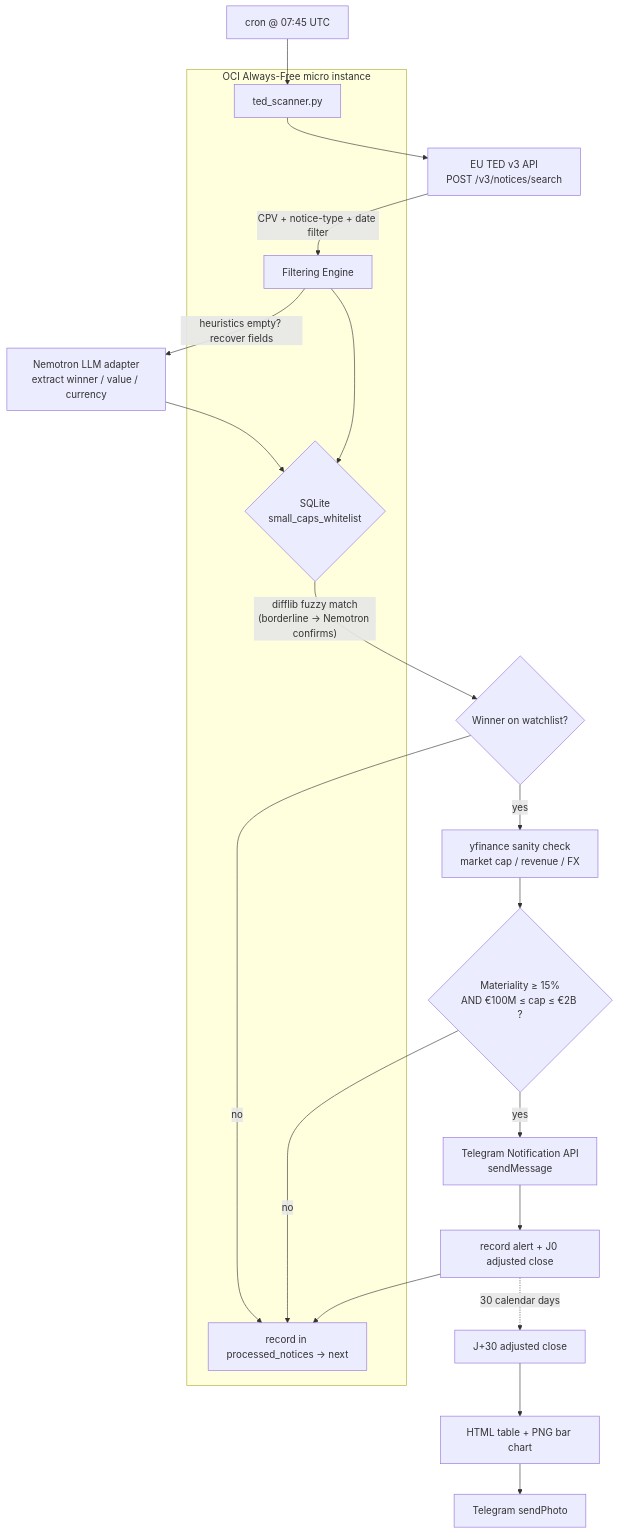
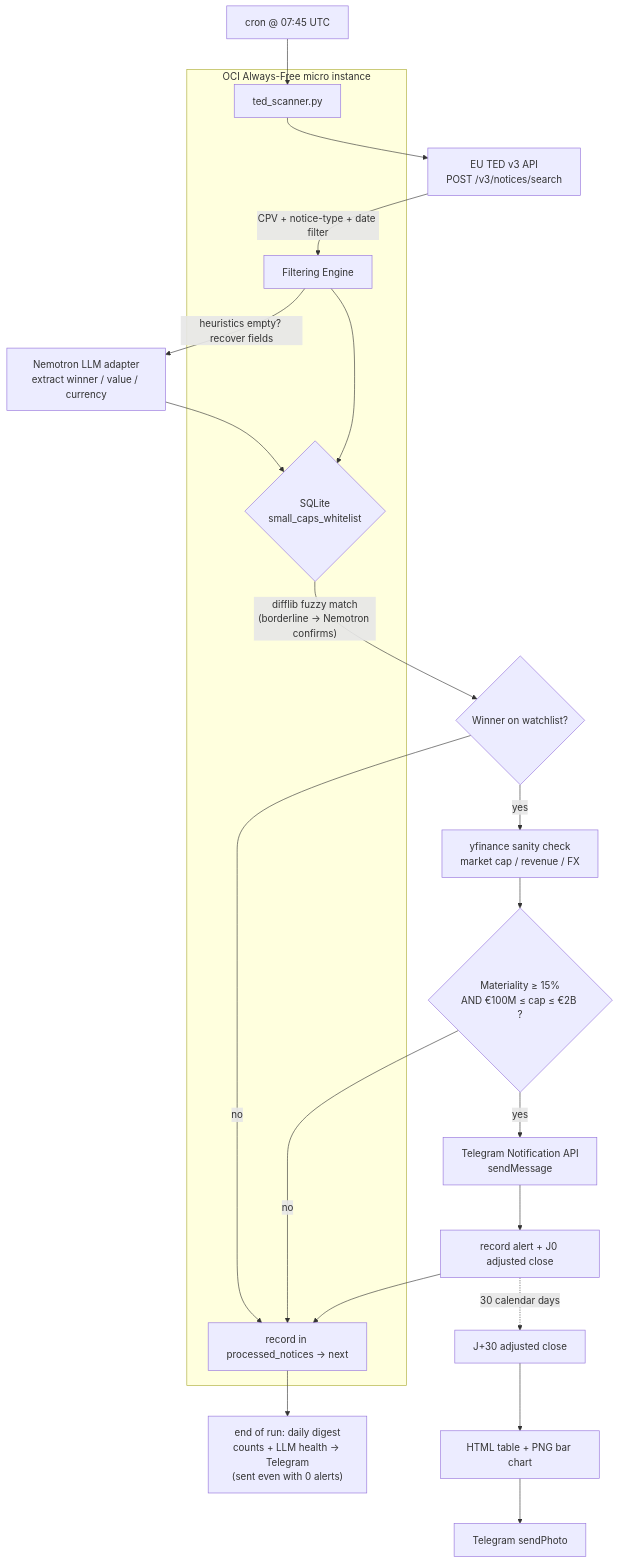
The diagram in README.md (cluster2600/ted_bot), drawn with Mermaid before and after one commit. The commit also changed other lines of this file and 1 other file, not shown here.

First line of the commit message:
feat: daily Telegram digest, sent even on a zero-alert day (#8)

````diff
--- a/README.md
+++ b/README.md
@@ -27,27 +27,28 @@
 ```mermaid
 flowchart TD
     A["cron @ 07:45 UTC"] --> B["ted_scanner.py"]
     B --> C["EU TED v3 API<br/>POST /v3/notices/search"]
     C -->|"CPV + notice-type + date filter"| D["Filtering Engine"]
     D -->|"heuristics empty? recover fields"| L["Nemotron LLM adapter<br/>extract winner / value / currency"]
     L --> E
     D --> E{"SQLite<br/>small_caps_whitelist"}
     E -->|"difflib fuzzy match<br/>(borderline → Nemotron confirms)"| F{"Winner on watchlist?"}
     F -->|no| G["record in processed_notices → next"]
     F -->|yes| H["yfinance sanity check<br/>market cap / revenue / FX"]
     H --> I{"Materiality ≥ 15%<br/>AND €100M ≤ cap ≤ €2B ?"}
     I -->|no| G
     I -->|yes| J["Telegram Notification API<br/>sendMessage"]
     J --> M["record alert + J0 adjusted close"]
     M --> G
     M -. "30 calendar days" .-> N["J+30 adjusted close"]
     N --> O["HTML table + PNG bar chart"]
     O --> P["Telegram sendPhoto"]
+    G --> Q["end of run: daily digest<br/>counts + LLM health → Telegram<br/>(sent even with 0 alerts)"]
 
     subgraph LOCAL["OCI Always-Free micro instance"]
         B
         D
         E
         G
     end
 ```
````
